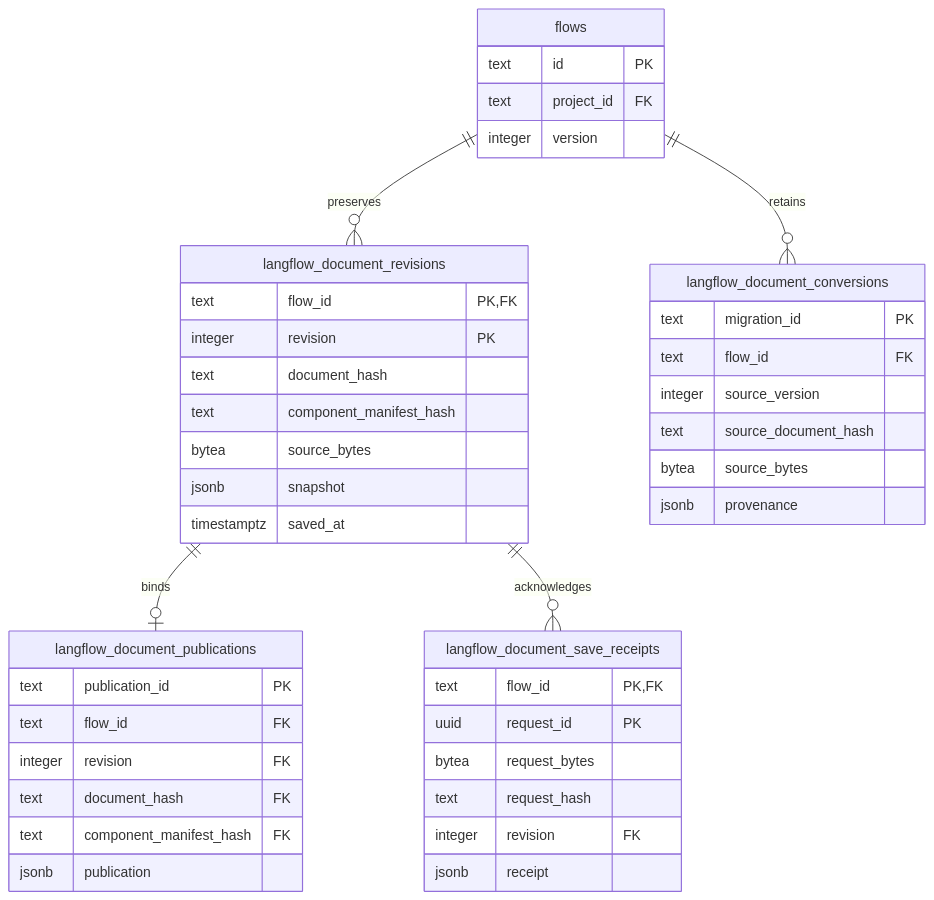
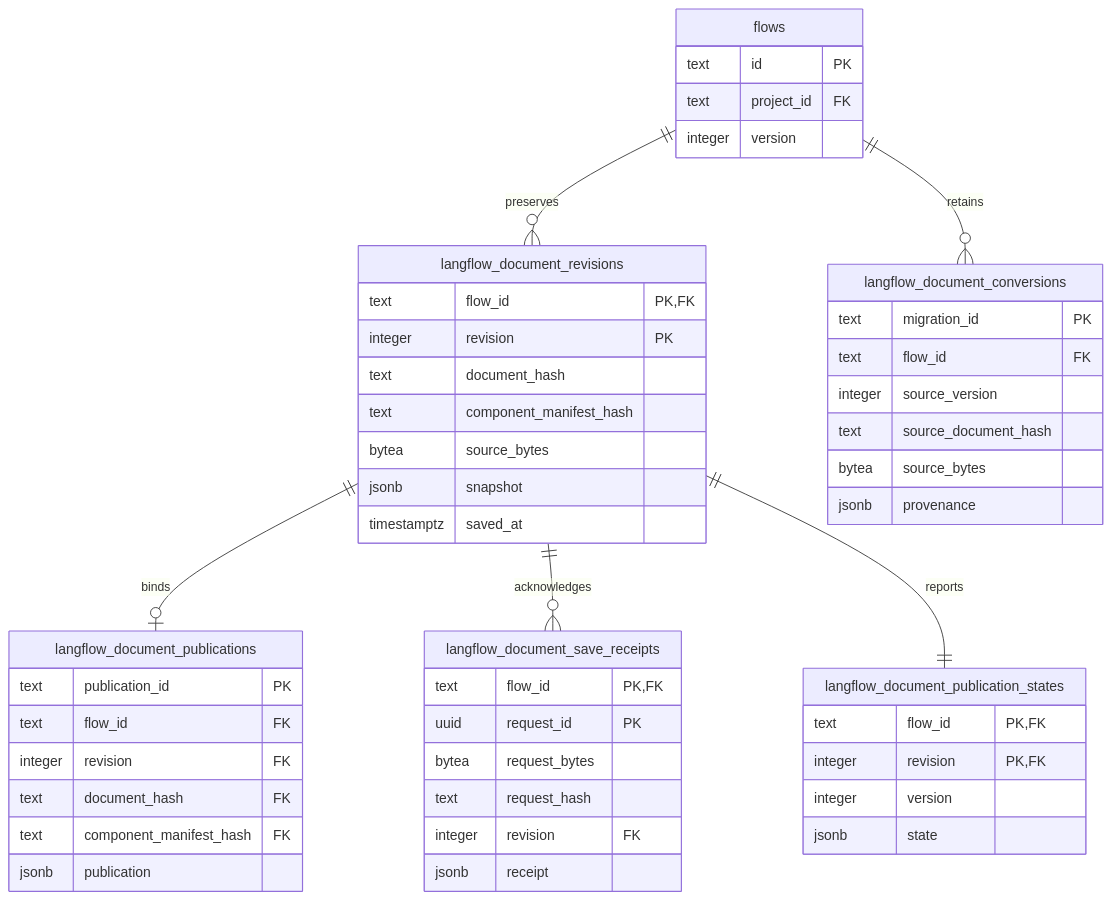
The diagram in apps/server/src/db/tables/langflowDocuments/README.md (0x962/trellis), drawn with Mermaid before and after one commit. The commit also changed other lines of this file and 13 other files, not shown here.

Commit message:
Retain publication progress for each saved revision

````diff
--- a/apps/server/src/db/tables/langflowDocuments/README.md
+++ b/apps/server/src/db/tables/langflowDocuments/README.md
@@ -29,45 +29,52 @@
 ```mermaid
 erDiagram
     flows ||--o{ langflow_document_revisions : preserves
     flows ||--o{ langflow_document_conversions : retains
     langflow_document_revisions ||--o| langflow_document_publications : binds
     langflow_document_revisions ||--o{ langflow_document_save_receipts : acknowledges
+    langflow_document_revisions ||--|| langflow_document_publication_states : reports
     flows {
         text id PK
         text project_id FK
         integer version
     }
     langflow_document_revisions {
         text flow_id PK,FK
         integer revision PK
         text document_hash
         text component_manifest_hash
         bytea source_bytes
         jsonb snapshot
         timestamptz saved_at
     }
     langflow_document_publications {
         text publication_id PK
         text flow_id FK
         integer revision FK
         text document_hash FK
         text component_manifest_hash FK
         jsonb publication
     }
     langflow_document_save_receipts {
         text flow_id PK,FK
         uuid request_id PK
         bytea request_bytes
         text request_hash
         integer revision FK
         jsonb receipt
     }
+    langflow_document_publication_states {
+        text flow_id PK,FK
+        integer revision PK,FK
+        integer version
+        jsonb state
+    }
     langflow_document_conversions {
         text migration_id PK
         text flow_id FK
         integer source_version
         text source_document_hash
         bytea source_bytes
         jsonb provenance
     }
 ```
````
